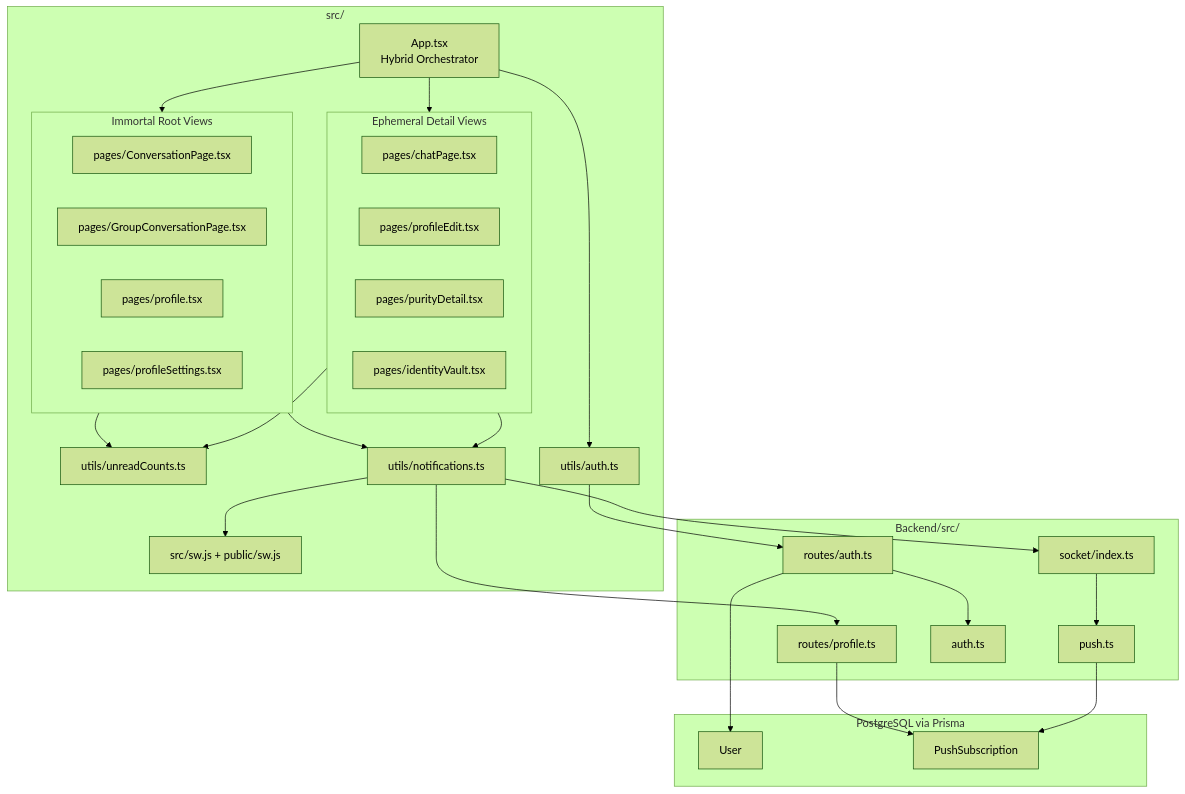
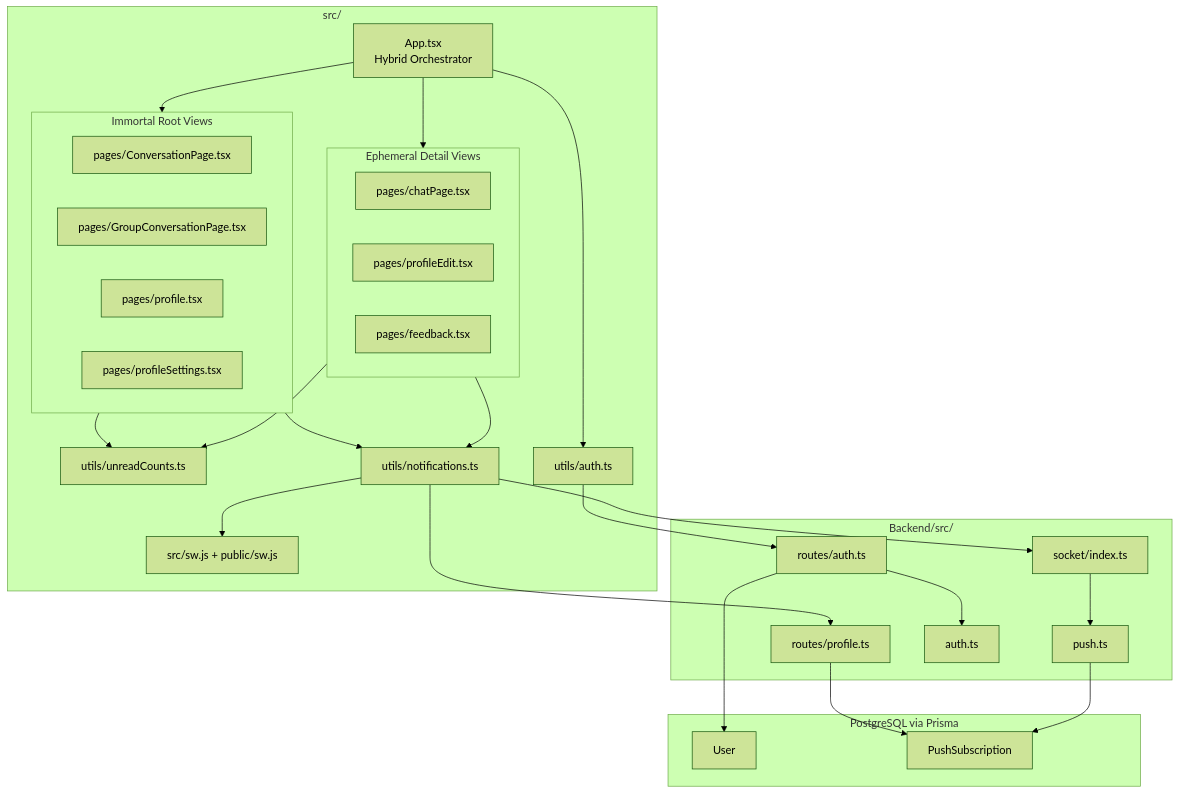
One commit to Jeff-zhang921/CleanChat changed the third of 3 diagrams in README.md. Above: the diagram before and after it, drawn with Mermaid (forest theme). The commit also changed other lines of this file and 39 other files, not shown here.

````diff
--- a/README.md
+++ b/README.md
@@ -185,56 +185,55 @@
 ```mermaid
 flowchart TB
   subgraph Frontend[src/]
     A[App.tsx\nHybrid Orchestrator]
 
     subgraph Immortal[Immortal Root Views]
       B1[pages/ConversationPage.tsx]
       B2[pages/GroupConversationPage.tsx]
       B3[pages/profile.tsx]
       B4[pages/profileSettings.tsx]
     end
 
     subgraph Ephemeral[Ephemeral Detail Views]
       C1[pages/chatPage.tsx]
       C2[pages/profileEdit.tsx]
-      C3[pages/purityDetail.tsx]
-      C4[pages/identityVault.tsx]
+      C3[pages/feedback.tsx]
     end
 
     S1[utils/unreadCounts.ts]
     S2[utils/notifications.ts]
     S3[utils/auth.ts]
     SW[src/sw.js + public/sw.js]
 
     A --> Immortal
     A --> Ephemeral
     Immortal --> S1
     Ephemeral --> S1
     Immortal --> S2
     Ephemeral --> S2
     A --> S3
     S2 --> SW
   end
 
   subgraph Backend[Backend/src/]
     R1[routes/auth.ts]
     R2[routes/profile.ts]
     R3[socket/index.ts]
     P1[push.ts]
     AU[auth.ts]
   end
 
   subgraph DB[PostgreSQL via Prisma]
     D1[User]
     D2[PushSubscription]
   end
 
   S3 --> R1
   S2 --> R2
   S2 --> R3
   R1 --> AU
   R2 --> D2
   R3 --> P1
   P1 --> D2
   R1 --> D1
 ```
````
